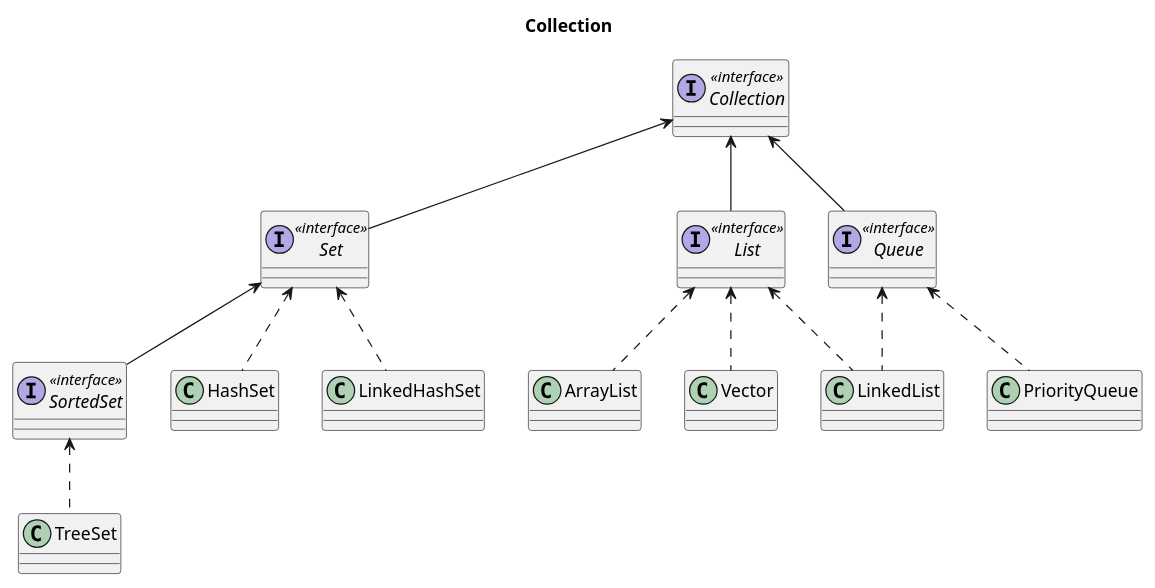
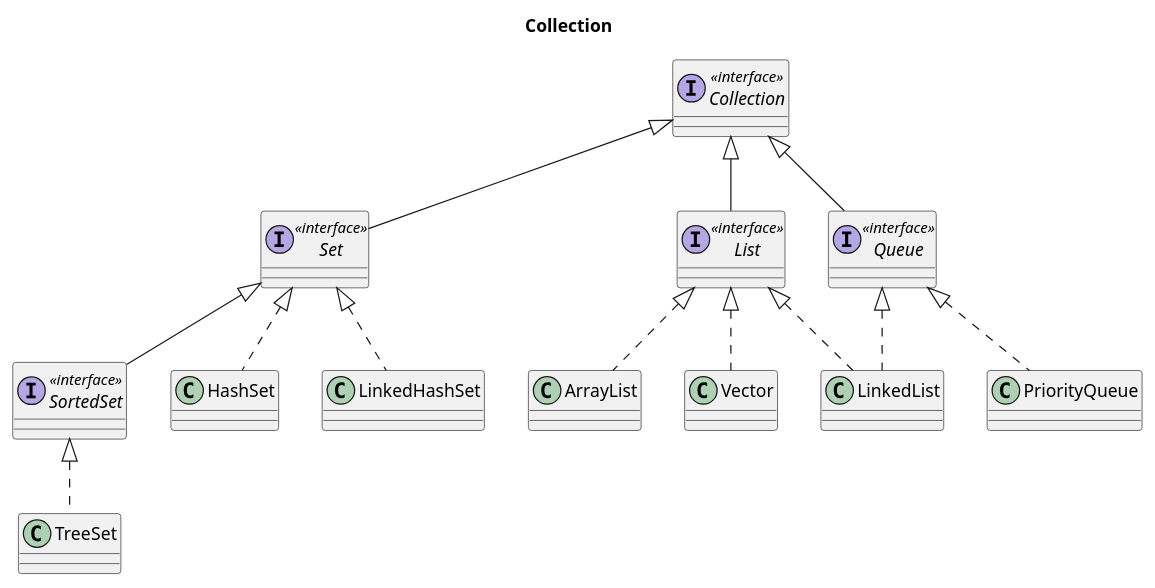
One commit to lewky/java-note changed the first of 3 diagrams in docs/container/数据结构.md. Above: the diagram before and after it, drawn with PlantUML. The commit also changed other lines of this file and 1 other file, not shown here.

````diff
--- a/docs/container/数据结构.md
+++ b/docs/container/数据结构.md
@@ -22,38 +22,38 @@
 ```plantuml
 @startuml
 title Collection
 interface Collection <<interface>>
 
 interface Set <<interface>>
 interface List <<interface>>
 interface Queue <<interface>>
 
-Collection <-- Set
-Collection <-- List
-Collection <-- Queue
+Collection <|-- Set
+Collection <|-- List
+Collection <|-- Queue
 
 interface SortedSet <<interface>>
 class HashSet
 class LinkedHashSet
 
-Set <-- SortedSet
-Set <.. HashSet
-Set <.. LinkedHashSet
+Set <|-- SortedSet
+Set <|.. HashSet
+Set <|.. LinkedHashSet
 
 class TreeSet
-SortedSet <.. TreeSet
+SortedSet <|.. TreeSet
 
 class ArrayList
 class Vector
 class LinkedList
 
-List <.. ArrayList
-List <.. Vector
-List <.. LinkedList
+List <|.. ArrayList
+List <|.. Vector
+List <|.. LinkedList
 
 class PriorityQueue
 
-Queue <.. LinkedList
-Queue <.. PriorityQueue
+Queue <|.. LinkedList
+Queue <|.. PriorityQueue
 @enduml
 ```
````
